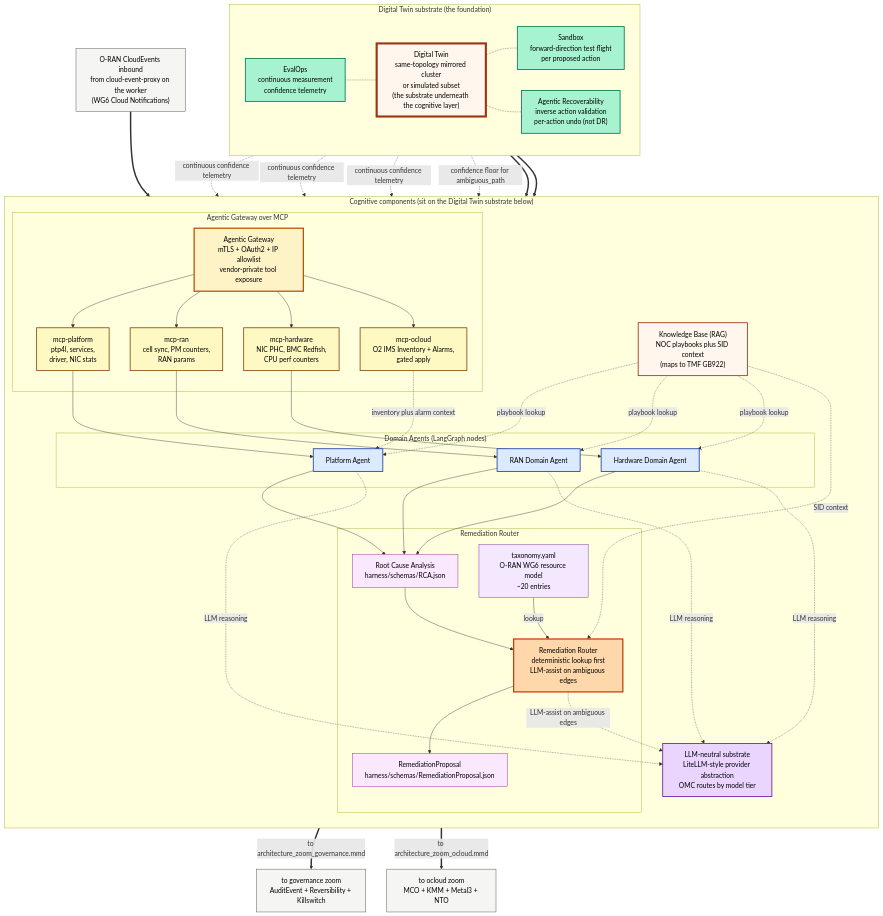
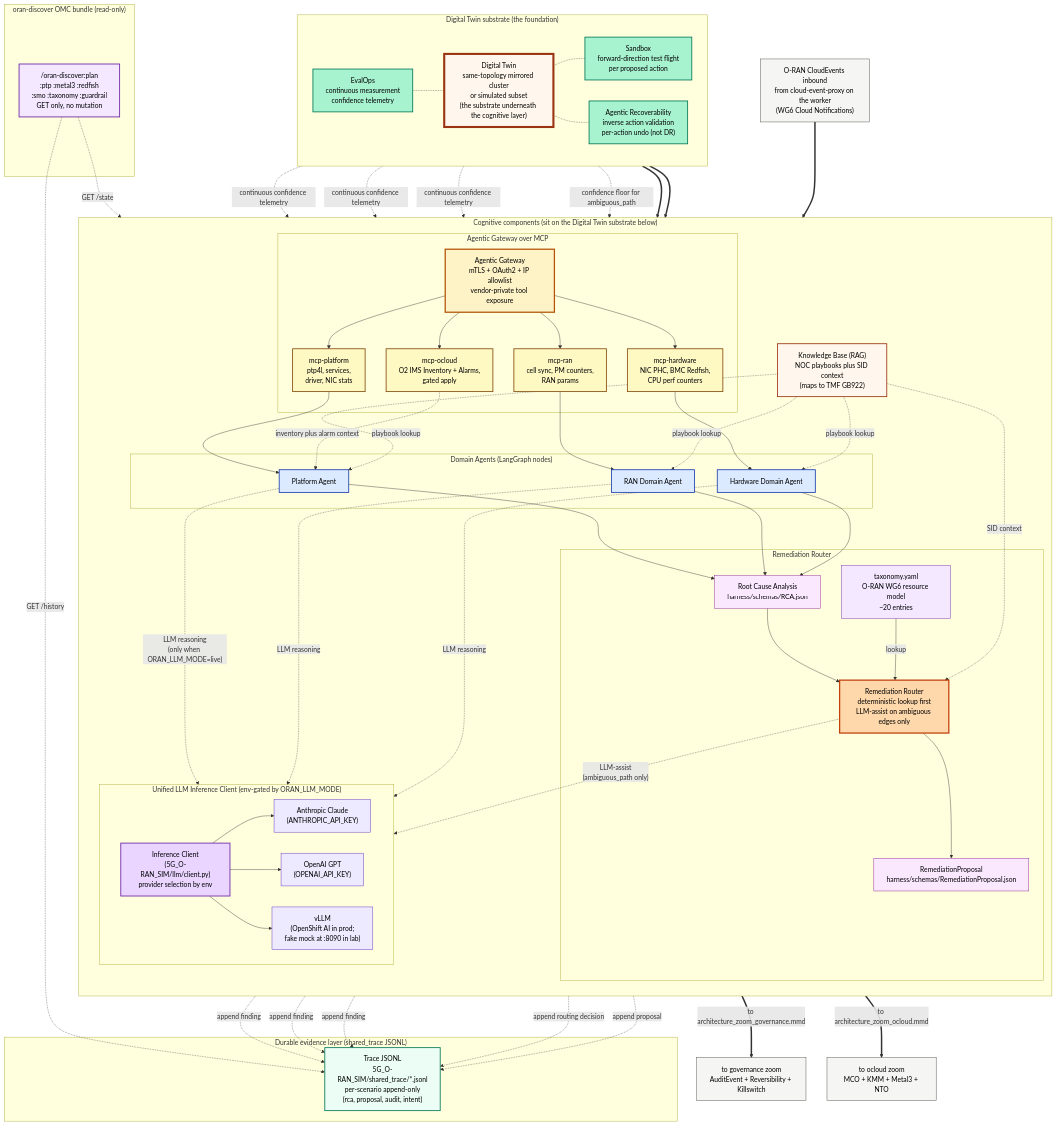
One commit to dkypuros/oran-agent-harness changed the diagram in talk/architecture_zoom_cognitive.mmd. Above: the diagram before and after it, drawn with Mermaid. The commit also changed 7 other files, not shown here.

First line of the commit message:
Architecture diagrams v2, catch up to scenarios D/E and the new surfaces

```diff
--- a/talk/architecture_zoom_cognitive.mmd
+++ b/talk/architecture_zoom_cognitive.mmd
@@ -1,104 +1,135 @@
-%% architecture_zoom_cognitive.mmd
-%% Companion zoom diagram to talk/architecture.mmd (the macro).
-%% Double-click on the Agent Harness box of the macro: the Agentic Gateway, four MCP servers,
-%% three domain agents, the Remediation Router, the LLM-neutral substrate, all sitting on top
-%% of the Digital Twin substrate as their foundation.
-%% The twin runs horizontally across the bottom of the diagram. EvalOps is a continuous-loop
-%% activity, drawn with dashed bidirectional arrows up to the cognitive components.
-%% Sandbox and Agentic Recoverability are actions on the twin that inform the Proposal artifact.
-%% Read alongside: talk/trust_loop.md, talk/architecture_narrative.md sections 2 and 4.
+%% architecture_zoom_cognitive.mmd v2
+%% v2 changes vs v1:
+%%   replaced generic LiteLLM node with Unified LLM Inference Client showing the three
+%%     providers actually wired in the bench: Anthropic Claude, OpenAI GPT, fake vLLM mock
+%%     (OpenShift AI in production)
+%%   added ORAN_LLM_MODE env gate annotation (live vs default heuristic fallback)
+%%   added Trace JSONL persistence as durable output stream from Router and Agents
+%%   added oran-discover OMC bundle as parallel read-only observability surface
+%% Companion: trust_loop.md, architecture_narrative.md sections 2 and 4
 
 flowchart TB
 
     Inbound["O-RAN CloudEvents inbound<br/>from cloud-event-proxy on the worker<br/>(WG6 Cloud Notifications)"]:::external
 
     subgraph Cognitive["Cognitive components (sit on the Digital Twin substrate below)"]
         direction TB
 
         subgraph AgenticGateway["Agentic Gateway over MCP"]
             Gateway["Agentic Gateway<br/>mTLS + OAuth2 + IP allowlist<br/>vendor-private tool exposure"]:::gateway
             McpPlat["mcp-platform<br/>ptp4l, services,<br/>driver, NIC stats"]:::mcp
             McpRan["mcp-ran<br/>cell sync, PM counters,<br/>RAN params"]:::mcp
             McpHw["mcp-hardware<br/>NIC PHC, BMC Redfish,<br/>CPU perf counters"]:::mcp
             McpOcloud["mcp-ocloud<br/>O2 IMS Inventory + Alarms,<br/>gated apply"]:::mcp
             Gateway --> McpPlat
             Gateway --> McpRan
             Gateway --> McpHw
             Gateway --> McpOcloud
         end
 
         subgraph DomainAgents["Domain Agents (LangGraph nodes)"]
             PlatA["Platform Agent"]:::agent
             RanA["RAN Domain Agent"]:::agent
             HwA["Hardware Domain Agent"]:::agent
         end
 
         KB["Knowledge Base (RAG)<br/>NOC playbooks plus SID context<br/>(maps to TMF GB922)"]:::kb
 
         subgraph RemediationRouterSection["Remediation Router"]
             RCA["Root Cause Analysis<br/>harness/schemas/RCA.json"]:::artifact
             Taxonomy["taxonomy.yaml<br/>O-RAN WG6 resource model<br/>~20 entries"]:::config
-            Router["Remediation Router<br/>deterministic lookup first<br/>LLM-assist on ambiguous edges"]:::router
+            Router["Remediation Router<br/>deterministic lookup first<br/>LLM-assist on ambiguous edges only"]:::router
             Proposal["RemediationProposal<br/>harness/schemas/RemediationProposal.json"]:::artifact
             RCA --> Router
             Taxonomy -- "lookup" --> Router
             Router --> Proposal
         end
 
-        LiteLLM["LLM-neutral substrate<br/>LiteLLM-style provider abstraction<br/>OMC routes by model tier"]:::llm
+        subgraph LlmClient["Unified LLM Inference Client (env-gated by ORAN_LLM_MODE)"]
+            direction LR
+            ClientCore["Inference Client<br/>(5G_O-RAN_SIM/llm/client.py)<br/>provider selection by env"]:::llm
+            Anthropic["Anthropic Claude<br/>(ANTHROPIC_API_KEY)"]:::llmBackend
+            OpenAI["OpenAI GPT<br/>(OPENAI_API_KEY)"]:::llmBackend
+            VLLM["vLLM<br/>(OpenShift AI in prod;<br/>fake mock at :8090 in lab)"]:::llmBackend
+            ClientCore --> Anthropic
+            ClientCore --> OpenAI
+            ClientCore --> VLLM
+        end
 
         McpPlat --> PlatA
         McpRan --> RanA
         McpHw --> HwA
         McpOcloud -. "inventory plus alarm context" .-> PlatA
         PlatA --> RCA
         RanA --> RCA
         HwA --> RCA
         KB -. "playbook lookup" .-> PlatA
         KB -. "playbook lookup" .-> RanA
         KB -. "playbook lookup" .-> HwA
         KB -. "SID context" .-> Router
-        PlatA -. "LLM reasoning" .-> LiteLLM
-        RanA -. "LLM reasoning" .-> LiteLLM
-        HwA -. "LLM reasoning" .-> LiteLLM
-        Router -. "LLM-assist on ambiguous edges" .-> LiteLLM
+        PlatA -. "LLM reasoning<br/>(only when ORAN_LLM_MODE=live)" .-> ClientCore
+        RanA -. "LLM reasoning" .-> ClientCore
+        HwA -. "LLM reasoning" .-> ClientCore
+        Router -. "LLM-assist<br/>(ambiguous_path only)" .-> ClientCore
     end
 
     subgraph TwinSubstrate["Digital Twin substrate (the foundation)"]
         direction LR
         EvalOps["EvalOps<br/>continuous measurement<br/>confidence telemetry"]:::activity
         Twin["Digital Twin<br/>same-topology mirrored cluster<br/>or simulated subset<br/>(the substrate underneath the cognitive layer)"]:::twin
         Sandbox["Sandbox<br/>forward-direction test flight<br/>per proposed action"]:::activity
         Recoverability["Agentic Recoverability<br/>inverse action validation<br/>per-action undo (not DR)"]:::activity
         EvalOps -.- Twin
         Twin -.- Sandbox
         Twin -.- Recoverability
+    end
+
+    subgraph Persistence["Durable evidence layer (shared_trace JSONL)"]
+        Trace["Trace JSONL<br/>5G_O-RAN_SIM/shared_trace/*.jsonl<br/>per-scenario append-only<br/>(rca, proposal, audit, intent)"]:::trace
+    end
+
+    subgraph DiscoverBundle["oran-discover OMC bundle (read-only)"]
+        Discover["/oran-discover:plan<br/>:ptp :metal3 :redfish<br/>:smo :taxonomy :guardrail<br/>GET only, no mutation"]:::discover
     end
 
     Inbound ==> Gateway
 
     %% EvalOps continuous loops up to agents and Router
     EvalOps -. "continuous confidence telemetry" .-> PlatA
     EvalOps -. "continuous confidence telemetry" .-> RanA
     EvalOps -. "continuous confidence telemetry" .-> HwA
     EvalOps -. "confidence floor for ambiguous_path" .-> Router
 
     %% Sandbox and Recoverability inform the Proposal
     Sandbox ==> Proposal
     Recoverability ==> Proposal
 
+    %% Trace persistence captures every cognitive output
+    PlatA -. "append finding" .-> Trace
+    RanA -. "append finding" .-> Trace
+    HwA -. "append finding" .-> Trace
+    Router -. "append routing decision" .-> Trace
+    Proposal -. "append proposal" .-> Trace
+
+    %% oran-discover reads (no writes)
+    Discover -. "GET /history" .-> Trace
+    Discover -. "GET /state" .-> Gateway
+
     %% Proposal flows outward to the other zooms
     Proposal == "to architecture_zoom_governance.mmd" ==> OutGov["to governance zoom<br/>AuditEvent + Reversibility + Killswitch"]:::external
     Proposal == "to architecture_zoom_ocloud.mmd" ==> OutOcloud["to ocloud zoom<br/>MCO + KMM + Metal3 + NTO"]:::external
 
     classDef external fill:#f5f5f4,stroke:#44403c,color:#000
     classDef gateway fill:#fef3c7,stroke:#b45309,color:#000,stroke-width:3px
     classDef mcp fill:#fef9c3,stroke:#854d0e,color:#000,stroke-width:2px
     classDef agent fill:#dbeafe,stroke:#1e40af,color:#000,stroke-width:2px
     classDef router fill:#fed7aa,stroke:#c2410c,color:#000,stroke-width:3px
     classDef artifact fill:#fae8ff,stroke:#86198f,color:#000
     classDef config fill:#f3e8ff,stroke:#6b21a8,color:#000
     classDef kb fill:#fff7ed,stroke:#9a3412,color:#000,stroke-width:2px
     classDef llm fill:#e9d5ff,stroke:#6b21a8,color:#000,stroke-width:2px
+    classDef llmBackend fill:#ede9fe,stroke:#5b21b6,color:#000
     classDef twin fill:#fff7ed,stroke:#9a3412,color:#000,stroke-width:5px
     classDef activity fill:#a7f3d0,stroke:#047857,color:#000,stroke-width:2px
+    classDef trace fill:#ecfdf5,stroke:#047857,color:#000,stroke-width:2px
+    classDef discover fill:#f3e8ff,stroke:#6b21a8,color:#000,stroke-width:2px
```
